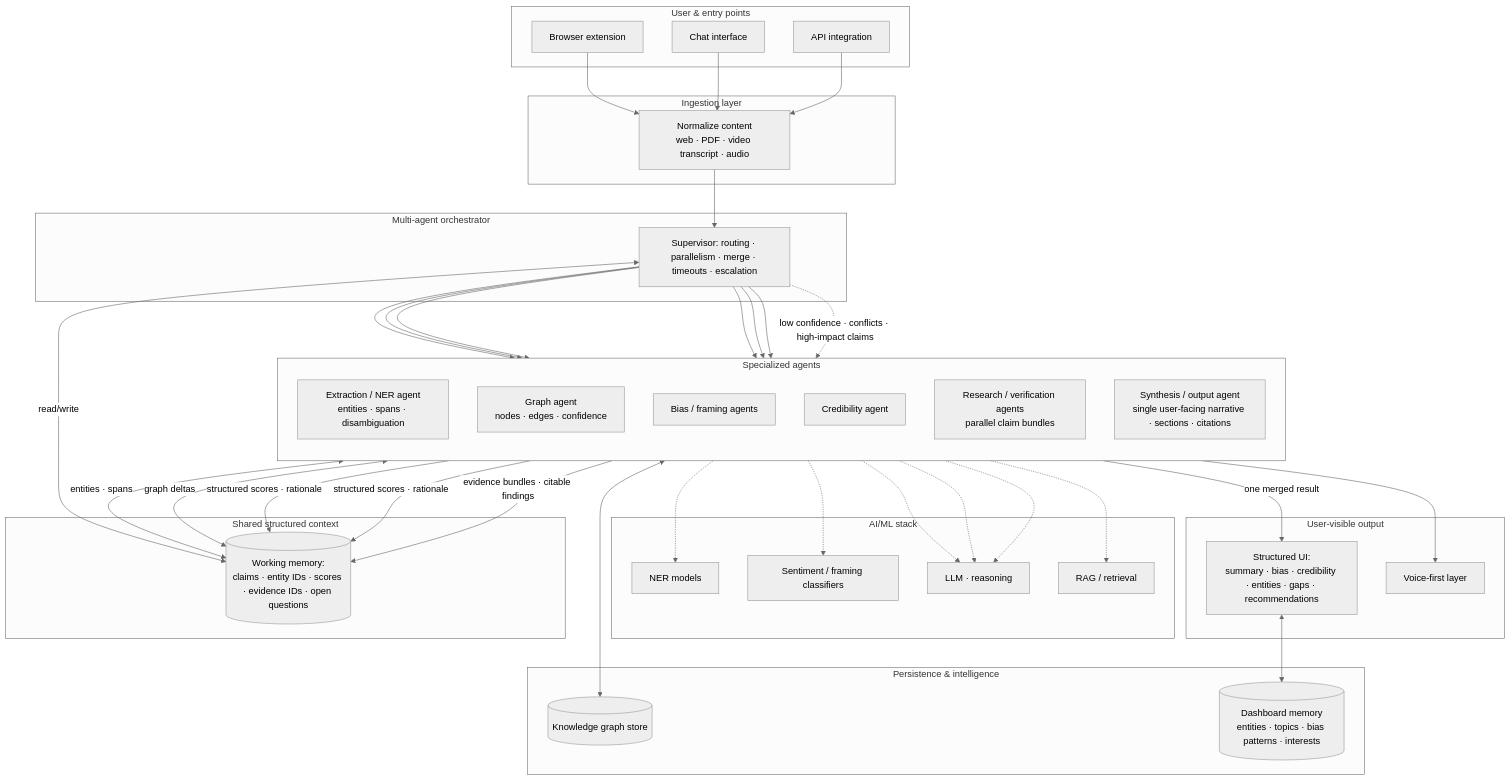
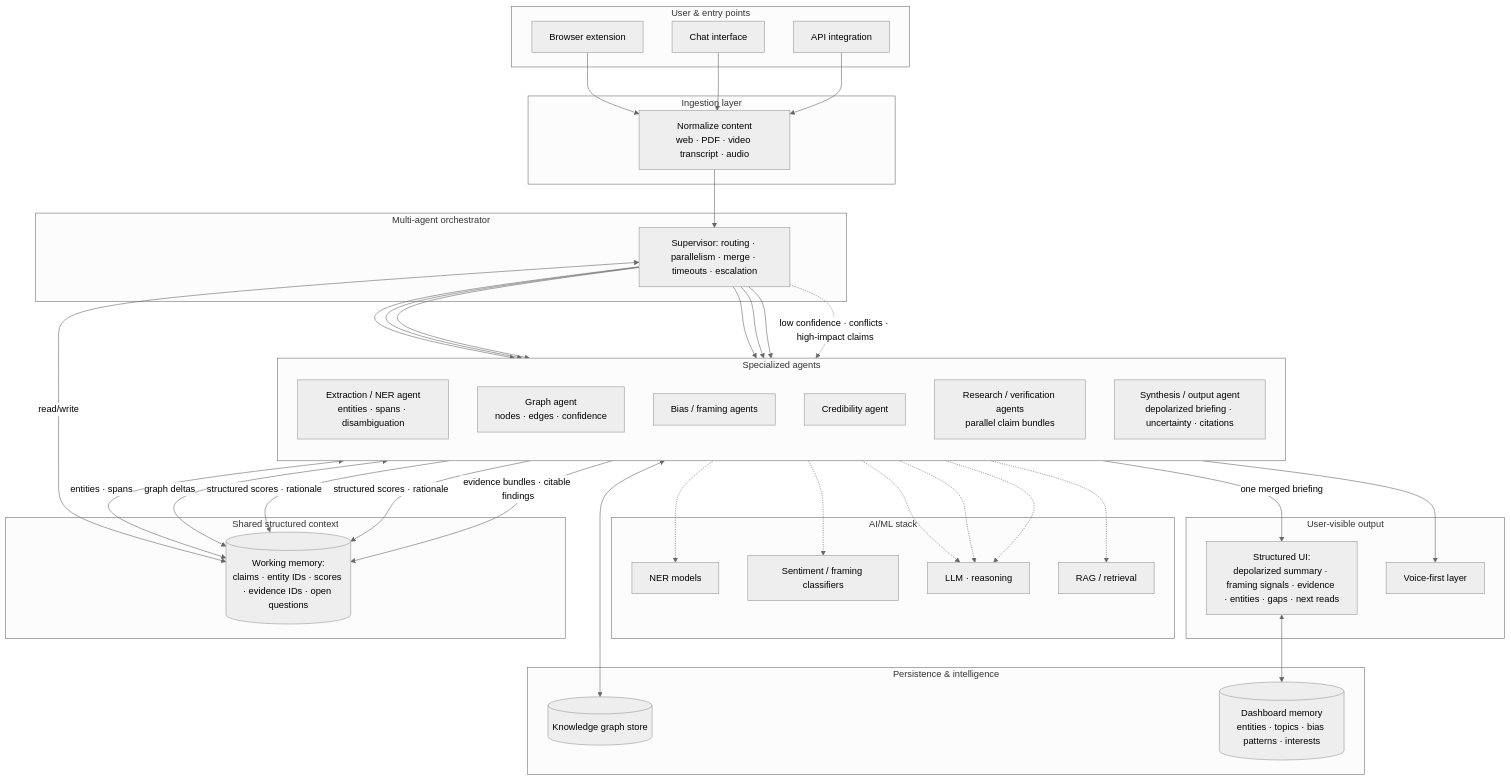
One commit to ruaribradburn/verity changed the diagram in docs/architecture.md. Above: the diagram before and after it, drawn with Mermaid (neutral theme). The commit also changed other lines of this file and 1 other file, not shown here.

Commit message:
docs: epistemic stance — depolarized synthesis, evidence-weighted briefing

````diff
--- a/docs/architecture.md
+++ b/docs/architecture.md
@@ -5,79 +5,79 @@
 ```mermaid
 flowchart TB
   subgraph Client["User & entry points"]
     EXT[Browser extension]
     CHAT[Chat interface]
     API[API integration]
   end
 
   subgraph Ingestion["Ingestion layer"]
     ING[Normalize content<br/>web · PDF · video transcript · audio]
   end
 
   subgraph Orch["Multi-agent orchestrator"]
     ORC[Supervisor: routing · parallelism · merge · timeouts · escalation]
   end
 
   subgraph Shared["Shared structured context"]
     MEM[(Working memory:<br/>claims · entity IDs · scores · evidence IDs · open questions)]
   end
 
   subgraph Agents["Specialized agents"]
     direction TB
     EXT_AG[Extraction / NER agent<br/>entities · spans · disambiguation]
     GRAPH_AG[Graph agent<br/>nodes · edges · confidence]
     BIAS_AG[Bias / framing agents]
     CRED_AG[Credibility agent]
     RES_POOL[Research / verification agents<br/>parallel claim bundles]
-    SYN[Synthesis / output agent<br/>single user-facing narrative · sections · citations]
+    SYN[Synthesis / output agent<br/>depolarized briefing · uncertainty · citations]
   end
 
   subgraph Stores["Persistence & intelligence"]
     KG[(Knowledge graph store)]
     DASH[(Dashboard memory<br/>entities · topics · bias patterns · interests)]
   end
 
   subgraph Models["AI/ML stack"]
     LLM[LLM · reasoning]
     NER_M[NER models]
     SENT[Sentiment / framing classifiers]
     RAG[RAG / retrieval]
   end
 
   subgraph Output["User-visible output"]
-    UI[Structured UI:<br/>summary · bias · credibility · entities · gaps · recommendations]
+    UI[Structured UI:<br/>depolarized summary · framing signals · evidence · entities · gaps · next reads]
     VOICE[Voice-first layer]
   end
 
   EXT --> ING
   CHAT --> ING
   API --> ING
 
   ING --> ORC
 
   ORC <-->|read/write| MEM
   ORC --> EXT_AG
   ORC --> GRAPH_AG
   ORC --> BIAS_AG
   ORC --> CRED_AG
   ORC --> RES_POOL
   ORC --> SYN
 
   EXT_AG <-->|entities · spans| MEM
   GRAPH_AG <-->|graph deltas| MEM
   BIAS_AG & CRED_AG -->|structured scores · rationale| MEM
   RES_POOL -->|evidence bundles · citable findings| MEM
 
   GRAPH_AG <--> KG
   UI <--> DASH
 
   EXT_AG -.-> NER_M
   BIAS_AG -.-> SENT
   CRED_AG & RES_POOL & SYN -.-> LLM
   RES_POOL -.-> RAG
 
-  SYN -->|one merged result| UI
+  SYN -->|one merged briefing| UI
   SYN --> VOICE
 
   ORC -.->|low confidence · conflicts · high-impact claims| RES_POOL
 ```
````
